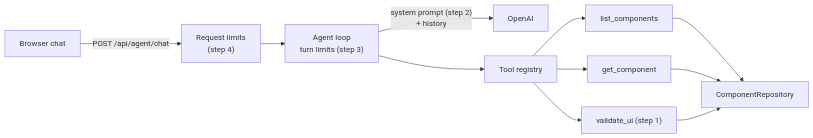
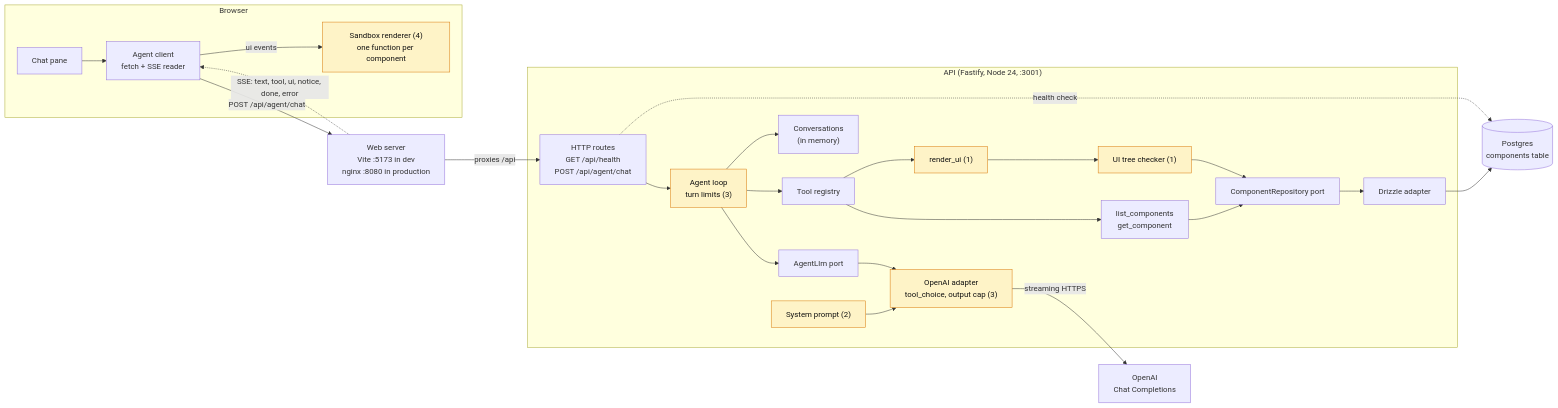
The first of 2 diagrams in daniel-super-secret-workflow/plans/agent-guardrails.md (daniel-citrus/genui-prototype), drawn with Mermaid before and after one commit. The commit also changed other lines of this file and 7 other files, not shown here.

First line of the commit message:
Add guardrails goals and the request limits plan

````diff
--- a/daniel-super-secret-workflow/plans/agent-guardrails.md
+++ b/daniel-super-secret-workflow/plans/agent-guardrails.md
@@ -31,13 +36,52 @@
 ```mermaid
 flowchart LR
-  Client["Browser chat"] -- "POST /api/agent/chat" --> Limits["Request limits<br/>(step 4)"]
-  Limits --> Loop["Agent loop<br/>turn limits (step 3)"]
-  Loop -- "system prompt (step 2)<br/>+ history" --> LLM["OpenAI"]
-  Loop --> Registry["Tool registry"]
-  Registry --> List["list_components"]
-  Registry --> Get["get_component"]
-  Registry --> Validate["validate_ui (step 1)"]
-  List --> Port["ComponentRepository"]
-  Get --> Port
-  Validate --> Port
+  subgraph Browser
+    Chat["Chat pane"]
+    Client["Agent client<br/>fetch + SSE reader"]
+    Sandbox["Sandbox renderer (4)<br/>one function per component"]
+    Chat --> Client
+    Client -- "ui events" --> Sandbox
+  end
+
+  Edge["Web server<br/>Vite :5173 in dev<br/>nginx :8080 in production"]
+
+  subgraph API ["API (Fastify, Node 24, :3001)"]
+    Routes["HTTP routes<br/>GET /api/health<br/>POST /api/agent/chat"]
+    Loop["Agent loop<br/>turn limits (3)"]
+    Prompt["System prompt (2)"]
+    Convos["Conversations<br/>(in memory)"]
+    Tools["Tool registry"]
+    ListGet["list_components<br/>get_component"]
+    Render["render_ui (1)"]
+    Checker["UI tree checker (1)"]
+    LlmPort["AgentLlm port"]
+    RepoPort["ComponentRepository port"]
+    OpenAIAdapter["OpenAI adapter<br/>tool_choice, output cap (3)"]
+    DbAdapter["Drizzle adapter"]
+    Routes --> Loop
+    Loop --> Convos
+    Loop --> Tools
+    Loop --> LlmPort
+    Prompt --> OpenAIAdapter
+    Tools --> ListGet
+    Tools --> Render
+    Render --> Checker
+    ListGet --> RepoPort
+    Checker --> RepoPort
+    LlmPort --> OpenAIAdapter
+    RepoPort --> DbAdapter
+  end
+
+  OpenAI["OpenAI<br/>Chat Completions"]
+  DB[("Postgres<br/>components table")]
+
+  Client -- "POST /api/agent/chat" --> Edge
+  Edge -- "proxies /api" --> Routes
+  Edge -. "SSE: text, tool, ui, notice, done, error" .-> Client
+  OpenAIAdapter -- "streaming HTTPS" --> OpenAI
+  DbAdapter --> DB
+  Routes -. "health check" .-> DB
+
+  classDef changed fill:#fef3c7,stroke:#d97706,color:#111;
+  class Sandbox,Loop,Prompt,Render,Checker,OpenAIAdapter changed;
 ```
````
